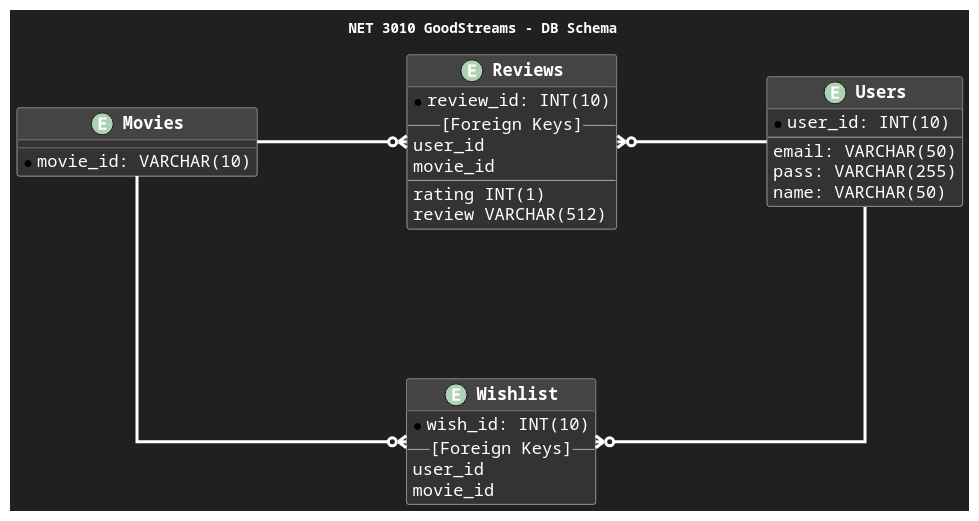
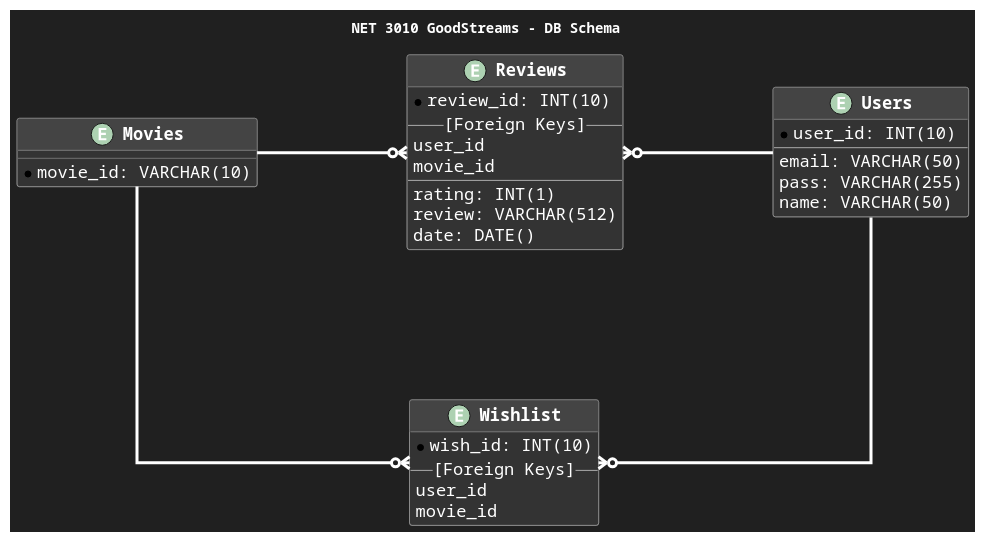
The diagram in schema.puml (FusionStreak/GoodStreams), drawn with PlantUML before and after one commit. The commit also changed 1 other file, not shown here.

```diff
--- a/schema.puml
+++ b/schema.puml
@@ -1,60 +1,61 @@
 @startuml Schema
 
 skinparam{
     backgroundColor #202020
     defaultFontName Courier
     defaultFontColor #FFFFFF
 
     ClassBackgroundColor #333333
     ClassBorderColor #AAAAAA
     ClassHeaderBackgroundColor #444444
     ClassFontSize 19
     ClassFontStyle bold
     ClassAttributeFontSize 17
     
 
     Linetype ortho
     Nodesep 150
     Ranksep 150
     ArrowThickness 3
     ArrowColor #FFFFFF
   
 }
 
 title NET 3010 GoodStreams - DB Schema
 
 entity Users {
     *user_id: INT(10)
     --
     email: VARCHAR(50)
     pass: VARCHAR(255)
     name: VARCHAR(50)
 }
 
 entity Movies {
     *movie_id: VARCHAR(10)
 }
 
 entity Wishlist {
     *wish_id: INT(10)
     --[Foreign Keys]--
     user_id
     movie_id
 }
 
 entity Reviews {
     *review_id: INT(10)
     --[Foreign Keys]--
     user_id
     movie_id
     --
-    rating INT(1)
-    review VARCHAR(512)
+    rating: INT(1)
+    review: VARCHAR(512)
+    date: DATE()
 }
 
 Users -d-o{ Wishlist
 Users -l-o{ Reviews
 Movies -o{ Wishlist
 Movies -o{ Reviews
 
 @enduml
```
